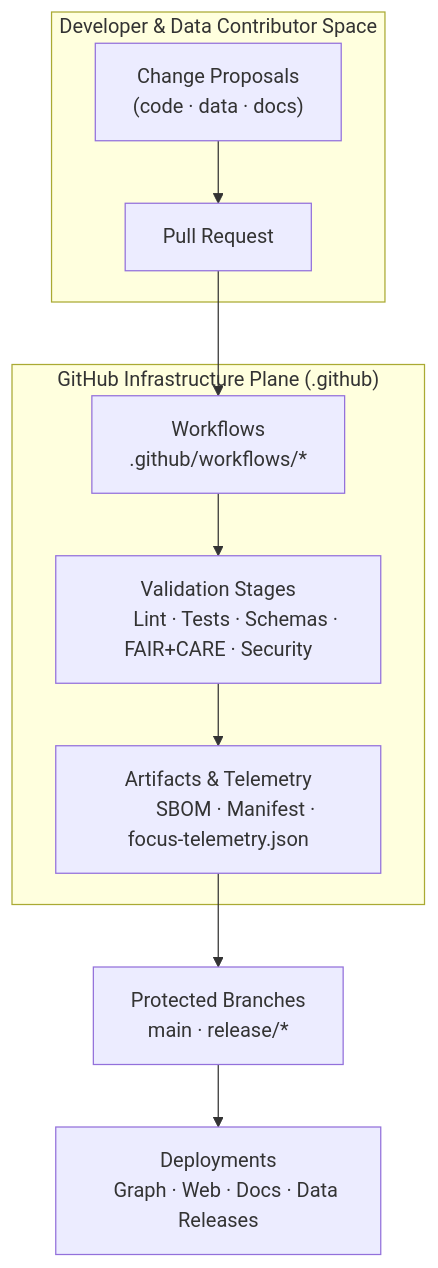
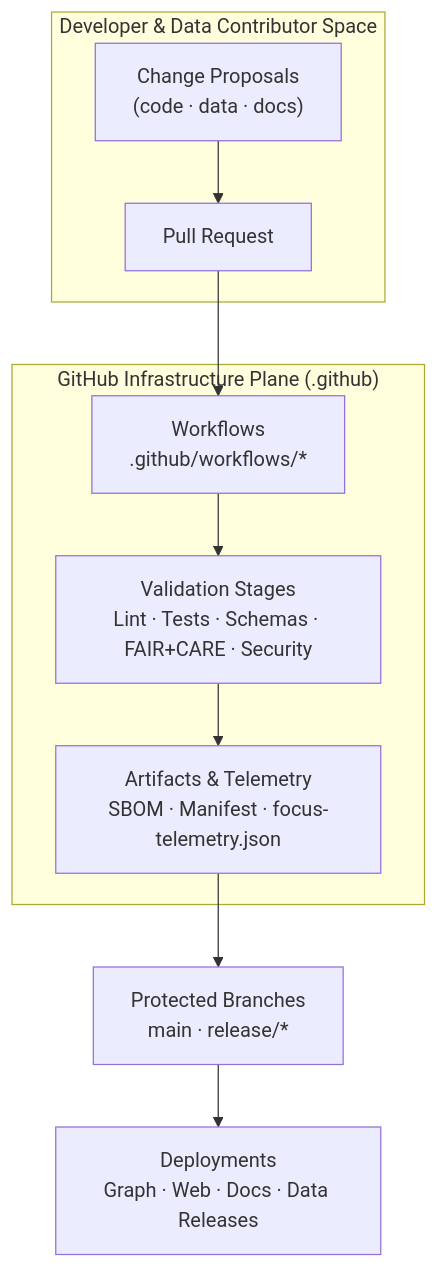
One commit to bartytime4life/Kansas-Frontier-Matrix changed the first of 2 diagrams in .github/ARCHITECTURE.md. Above: the diagram before and after it, drawn with Mermaid. The commit also changed other lines of this file, not shown here.

First line of the commit message:
Revise ARCHITECTURE.md for v11.0.0 updates

`````diff
--- a/.github/ARCHITECTURE.md
+++ b/.github/ARCHITECTURE.md
@@ -132,21 +113,15 @@
 ```mermaid
 flowchart TD
     subgraph Dev ["Developer & Data Contributor Space"]
-        A["Change Proposals
-        (code · data · docs)"] --> B["Pull Request"]
+        A["Change Proposals<br/>(code · data · docs)"] --> B["Pull Request"]
     end
 
     subgraph Hub ["GitHub Infrastructure Plane (.github)"]
-        B --> C["Workflows
-        .github/workflows/*"]
-        C --> D["Validation Stages
-        Lint · Tests · Schemas · FAIR+CARE · Security"]
-        D --> E["Artifacts & Telemetry
-        SBOM · Manifest · focus-telemetry.json"]
+        B --> C["Workflows<br/>.github/workflows/*"]
+        C --> D["Validation Stages<br/>Lint · Tests · Schemas · FAIR+CARE · Security"]
+        D --> E["Artifacts & Telemetry<br/>SBOM · Manifest · focus-telemetry.json"]
     end
 
-    E --> F["Protected Branches
-    main · release/*"]
-    F --> G["Deployments
-    Graph · Web · Docs · Data Releases"]
-```
+    E --> F["Protected Branches<br/>main · release/*"]
+    F --> G["Deployments<br/>Graph · Web · Docs · Data Releases"]
+````
`````
